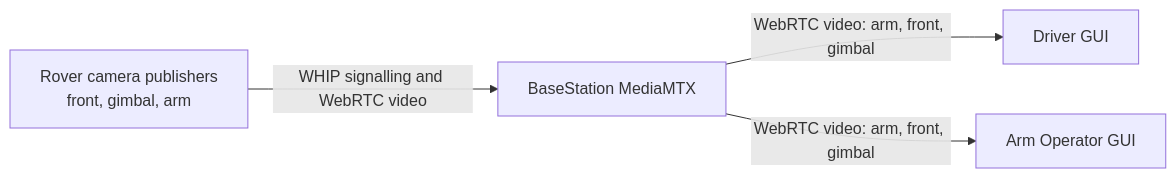
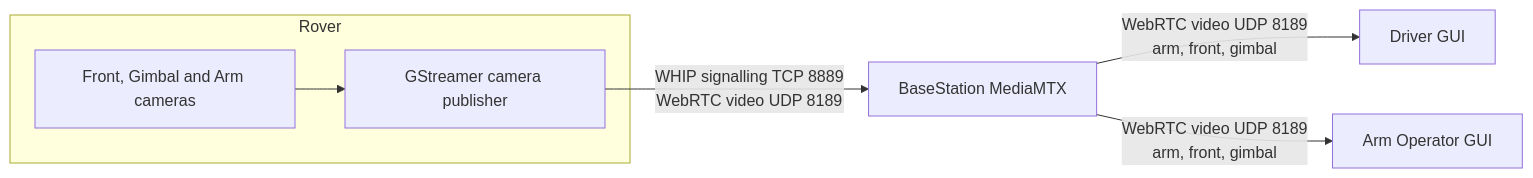
The diagram in basestation/docs/media-gateway.md (deakin-robotics/Chasmata-2027), drawn with Mermaid before and after one commit.

Commit message:
Clarify camera stream flow

````diff
--- a/basestation/docs/media-gateway.md
+++ b/basestation/docs/media-gateway.md
@@ -8,11 +8,15 @@
 ```mermaid
 flowchart LR
-    cameras[Rover camera publishers<br/>front, gimbal, arm]
+    subgraph rover[Rover]
+        cameras[Front, Gimbal and Arm cameras]
+        publisher[GStreamer camera publisher]
+        cameras --> publisher
+    end
     gateway[BaseStation MediaMTX]
     driver[Driver GUI]
     arm[Arm Operator GUI]
 
-    cameras -->|WHIP signalling and WebRTC video| gateway
-    gateway -->|WebRTC video: arm, front, gimbal| driver
-    gateway -->|WebRTC video: arm, front, gimbal| arm
+    publisher -->|WHIP signalling TCP 8889<br/>WebRTC video UDP 8189| gateway
+    gateway -->|WebRTC video UDP 8189<br/>arm, front, gimbal| driver
+    gateway -->|WebRTC video UDP 8189<br/>arm, front, gimbal| arm
 ```
````
